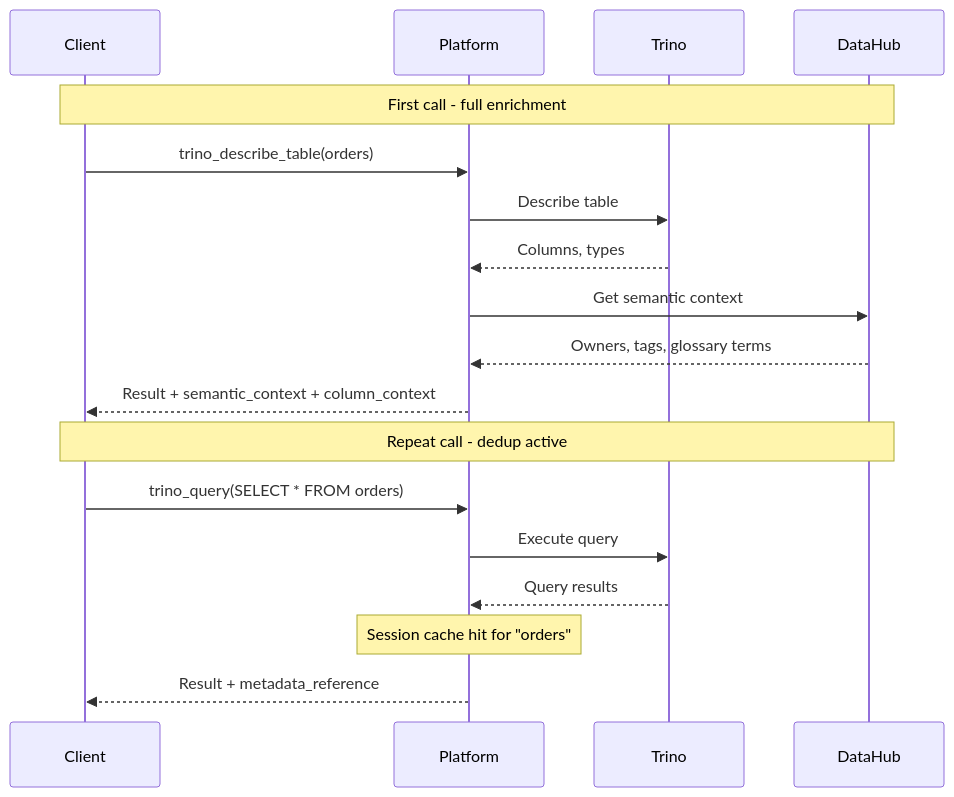
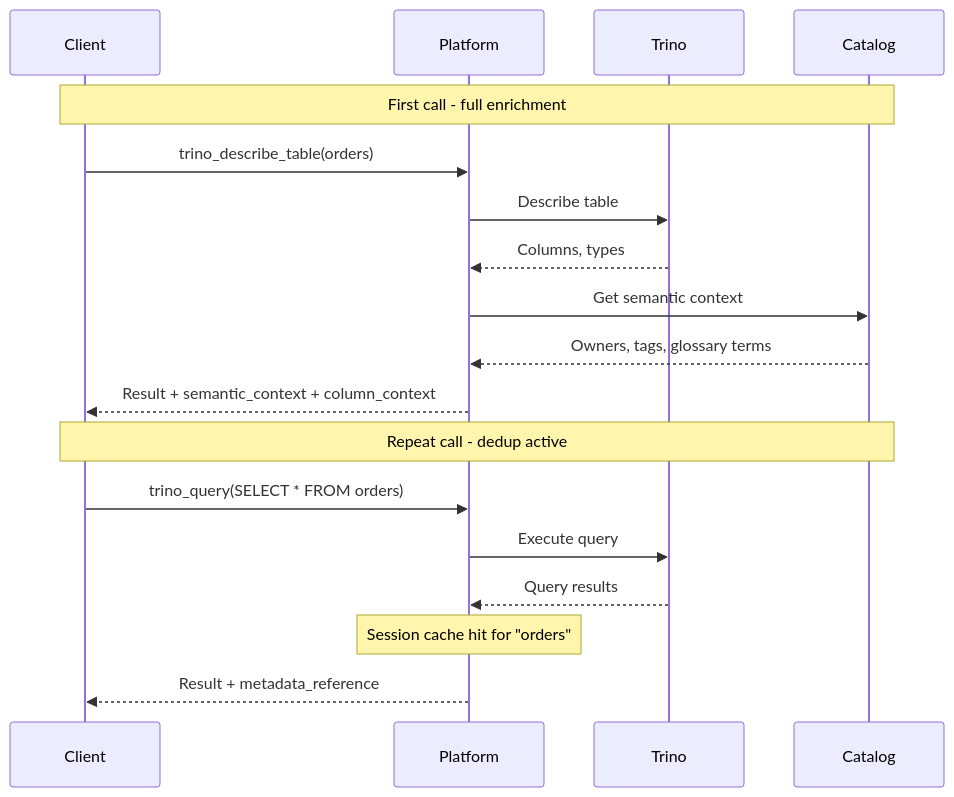
One commit to txn2/mcp-data-platform changed the fourth of 4 diagrams in docs/cross-enrichment/overview.md. Above: the diagram before and after it, drawn with Mermaid. The commit also changed other lines of this file and 746 other files, not shown here.

First line of the commit message:
feat(catalog): portal catalog, search/fetch reads, DataHub removed (#1916) (#2123)

````diff
--- a/docs/cross-enrichment/overview.md
+++ b/docs/cross-enrichment/overview.md
@@ -570,22 +250,22 @@
 ```mermaid
 sequenceDiagram
     participant Client
     participant Platform
     participant Trino
-    participant DataHub
+    participant Catalog
 
-    Note over Client,DataHub: First call - full enrichment
+    Note over Client,Catalog: First call - full enrichment
     Client->>Platform: trino_describe_table(orders)
     Platform->>Trino: Describe table
     Trino-->>Platform: Columns, types
-    Platform->>DataHub: Get semantic context
-    DataHub-->>Platform: Owners, tags, glossary terms
+    Platform->>Catalog: Get semantic context
+    Catalog-->>Platform: Owners, tags, glossary terms
     Platform-->>Client: Result + semantic_context + column_context
 
-    Note over Client,DataHub: Repeat call - dedup active
+    Note over Client,Catalog: Repeat call - dedup active
     Client->>Platform: trino_query(SELECT * FROM orders)
     Platform->>Trino: Execute query
     Trino-->>Platform: Query results
     Note over Platform: Session cache hit for "orders"
     Platform-->>Client: Result + metadata_reference
 ```
````
